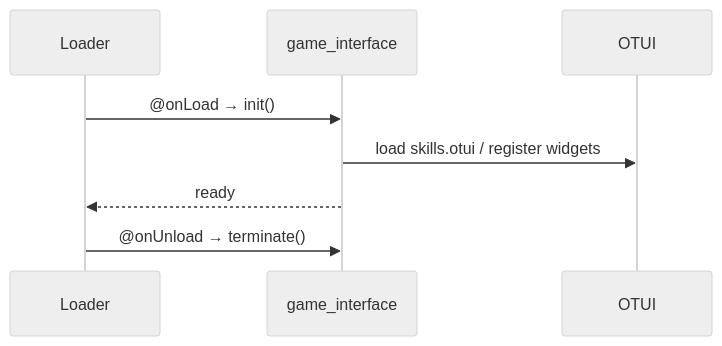
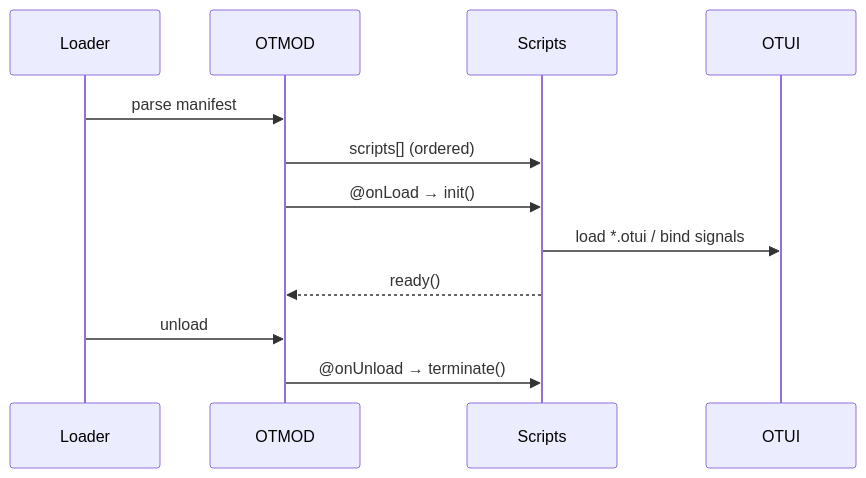
One commit to lukaszj321/otcv8-dev changed the first of 2 diagrams in .github/instructions/chapter_12_otmod_docs_export_kit_authoring_agent_ready.md. Above: the diagram before and after it, drawn with Mermaid. The commit also changed other lines of this file and 121 other files, not shown here.

````diff
--- a/.github/instructions/chapter_12_otmod_docs_export_kit_authoring_agent_ready.md
+++ b/.github/instructions/chapter_12_otmod_docs_export_kit_authoring_agent_ready.md
@@ -297,11 +449,14 @@
-```{mermaid}
-%%{init: { 'theme': 'neutral' }}%%
+```mermaid
 sequenceDiagram
   participant Loader
-  participant Module as game_interface
+  participant Module as OTMOD
+  participant Lua as Scripts
   participant UI as OTUI
-  Loader->>Module: @onLoad → init()
-  Module->>UI: load skills.otui / register widgets
-  Module-->>Loader: ready
-  Loader->>Module: @onUnload → terminate()
+  Loader->>Module: parse manifest
+  Module->>Lua: scripts[] (ordered)
+  Module->>Lua: @onLoad → init()
+  Lua->>UI: load *.otui / bind signals
+  Lua-->>Module: ready()
+  Loader->>Module: unload
+  Module->>Lua: @onUnload → terminate()
 ```
````
